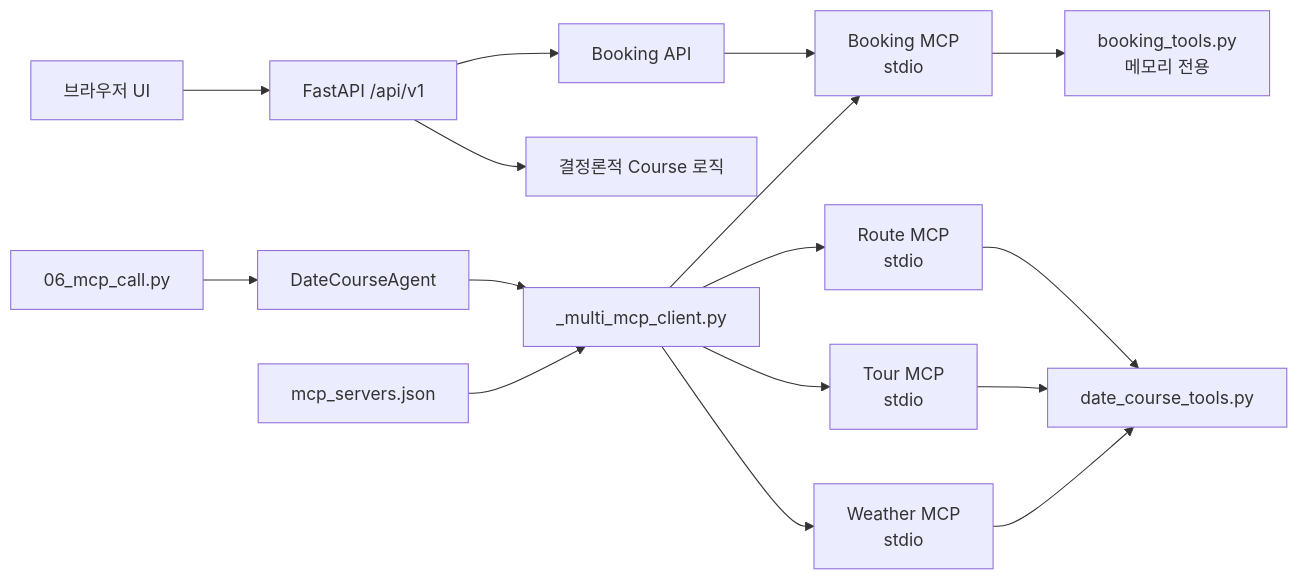
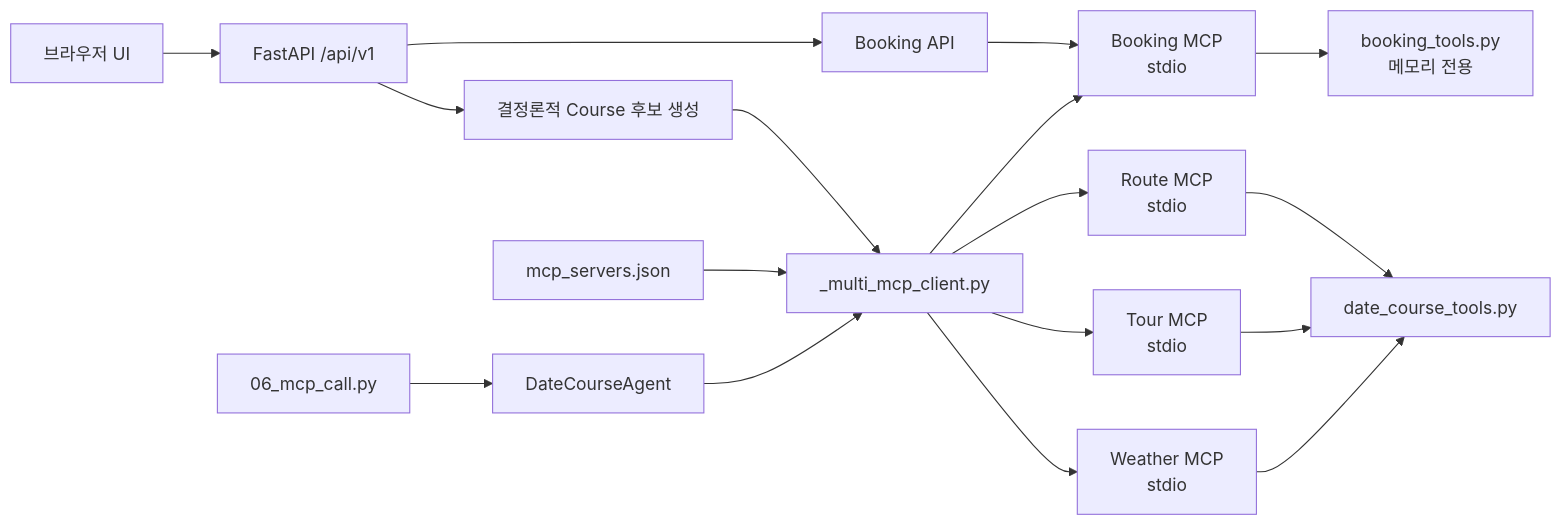
The diagram in README.md (cyb3rmaya/courseful-date-agent-demo), drawn with Mermaid before and after one commit. The commit also changed other lines of this file and 6 other files, not shown here.

````diff
--- a/README.md
+++ b/README.md
@@ -107,18 +107,19 @@
 ```mermaid
 flowchart LR
     UI[브라우저 UI] --> API[FastAPI /api/v1]
-    API --> Course[결정론적 Course 로직]
+    API --> Course[결정론적 Course 후보 생성]
     API --> BookingAPI[Booking API]
+    Course --> Host
     CLI[06_mcp_call.py] --> Agent[DateCourseAgent]
     Agent --> Host[_multi_mcp_client.py]
     Registry[mcp_servers.json] --> Host
     Host --> W[Weather MCP\nstdio]
     Host --> T[Tour MCP\nstdio]
     Host --> R[Route MCP\nstdio]
     Host --> B[Booking MCP\nstdio]
     BookingAPI --> B
     W --> Shared[date_course_tools.py]
     T --> Shared
     R --> Shared
     B --> BookingCore[booking_tools.py\n메모리 전용]
 ```
````
